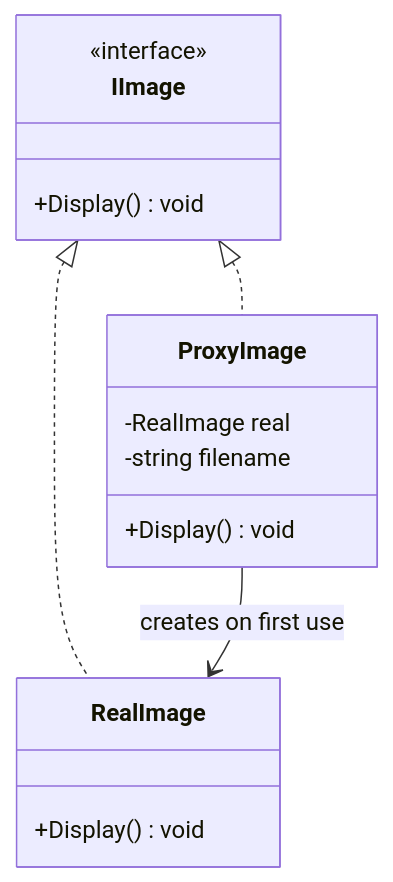
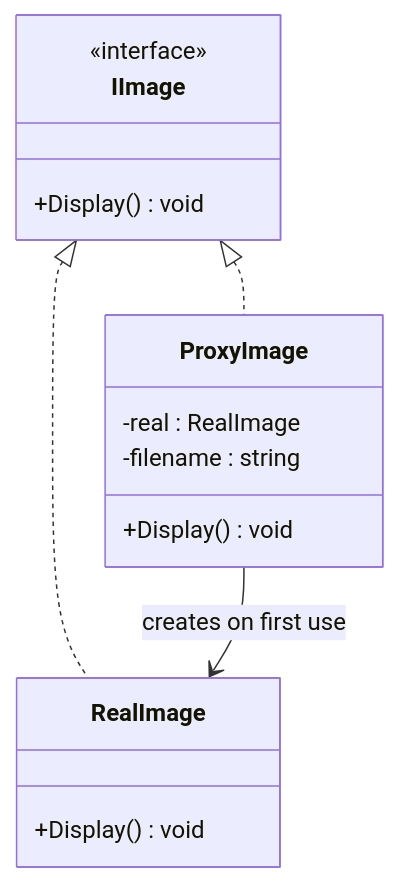
The diagram in 00-Foundations/04-Design-Patterns/Structural/Proxy/notes.md (tushardongre1990/LLD-Claude), drawn with Mermaid before and after one commit. The commit also changed 19 other files, not shown here.

First line of the commit message:
docs(00-Foundations): fix mermaid attribute ordering to name : type

````diff
--- a/00-Foundations/04-Design-Patterns/Structural/Proxy/notes.md
+++ b/00-Foundations/04-Design-Patterns/Structural/Proxy/notes.md
@@ -10,18 +10,18 @@
 ```mermaid
 classDiagram
     class IImage {
         <<interface>>
         +Display() void
     }
     class RealImage {
         +Display() void
     }
     class ProxyImage {
-        -RealImage real
-        -string filename
+        -real : RealImage
+        -filename : string
         +Display() void
     }
     IImage <|.. RealImage
     IImage <|.. ProxyImage
     ProxyImage --> RealImage : creates on first use
 ```
````
